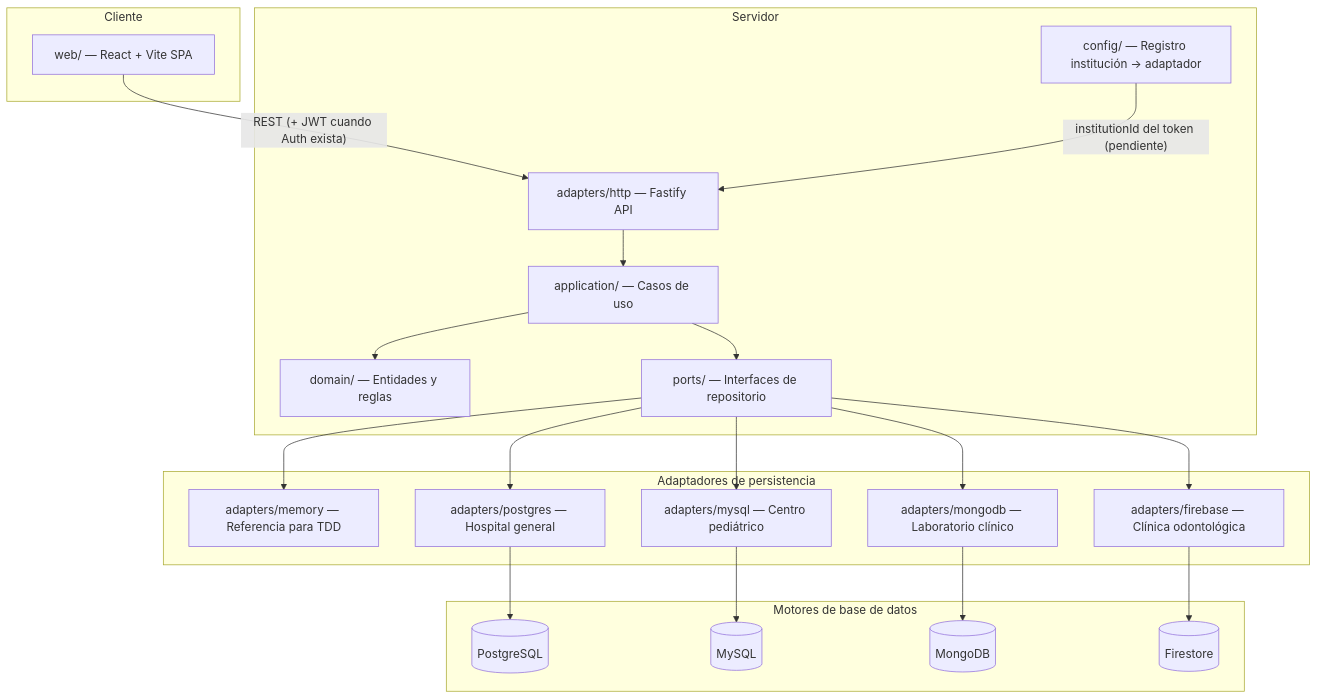
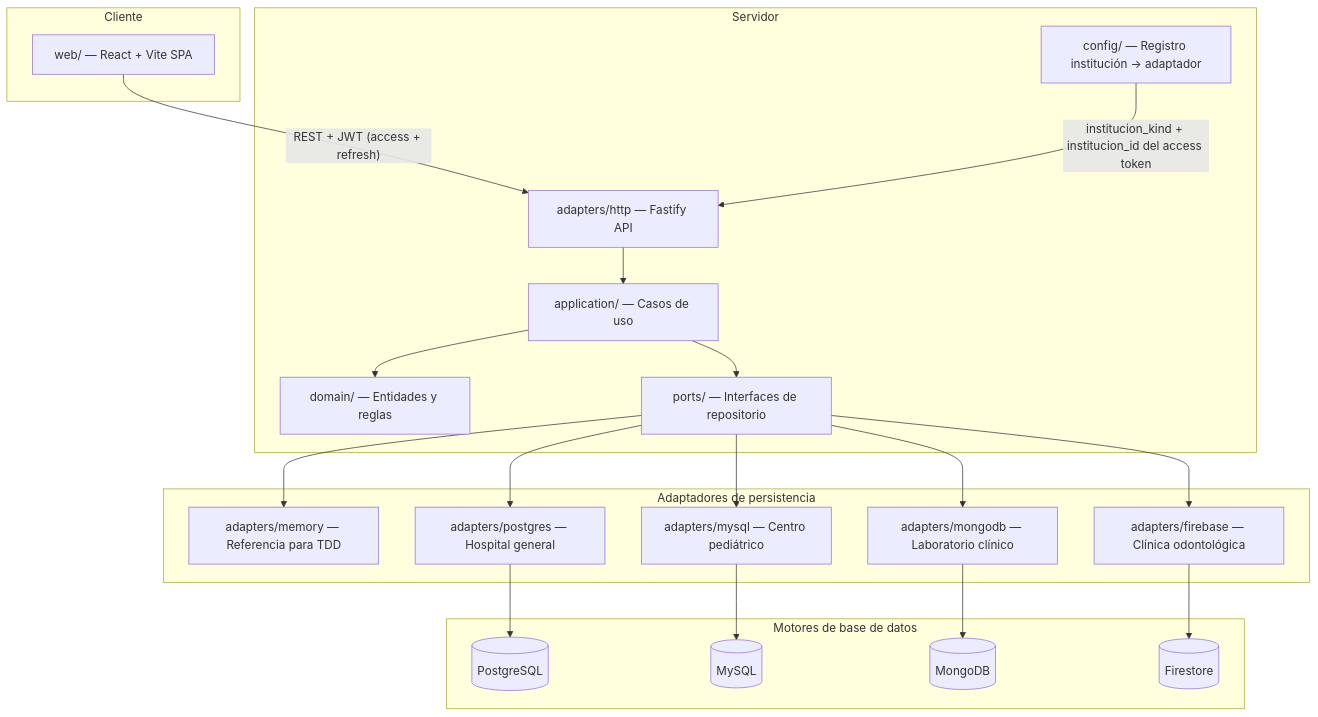
Before and after one commit to carloshugoeg/genki-health: the diagram in docs/ARCHITECTURE.md, drawn with Mermaid. The commit also changed other lines of this file and 24 other files, not shown here.

````diff
--- a/docs/ARCHITECTURE.md
+++ b/docs/ARCHITECTURE.md
@@ -46,44 +46,44 @@
 ```mermaid
 flowchart TB
     subgraph cliente ["Cliente"]
         WEB["web/ — React + Vite SPA"]
     end
 
     subgraph servidor ["Servidor"]
         HTTP["adapters/http — Fastify API"]
         APP["application/ — Casos de uso"]
         DOM["domain/ — Entidades y reglas"]
         PORTS["ports/ — Interfaces de repositorio"]
         CONFIG["config/ — Registro institución → adaptador"]
     end
 
     subgraph adaptadores ["Adaptadores de persistencia"]
         MEM["adapters/memory — Referencia para TDD"]
         PG["adapters/postgres — Hospital general"]
         MY["adapters/mysql — Centro pediátrico"]
         MG["adapters/mongodb — Laboratorio clínico"]
         FB["adapters/firebase — Clínica odontológica"]
     end
 
     subgraph motores ["Motores de base de datos"]
         PGDB[("PostgreSQL")]
         MYDB[("MySQL")]
         MGDB[("MongoDB")]
         FBDB[("Firestore")]
     end
 
-    WEB -->|"REST (+ JWT cuando Auth exista)"| HTTP
+    WEB -->|"REST + JWT (access + refresh)"| HTTP
     HTTP --> APP
     APP --> DOM
     APP --> PORTS
-    CONFIG -->|"institutionId del token (pendiente)"| HTTP
+    CONFIG -->|"institucion_kind + institucion_id del access token"| HTTP
     PORTS --> MEM
     PORTS --> PG
     PORTS --> MY
     PORTS --> MG
     PORTS --> FB
     PG --> PGDB
     MY --> MYDB
     MG --> MGDB
     FB --> FBDB
 ```
````
